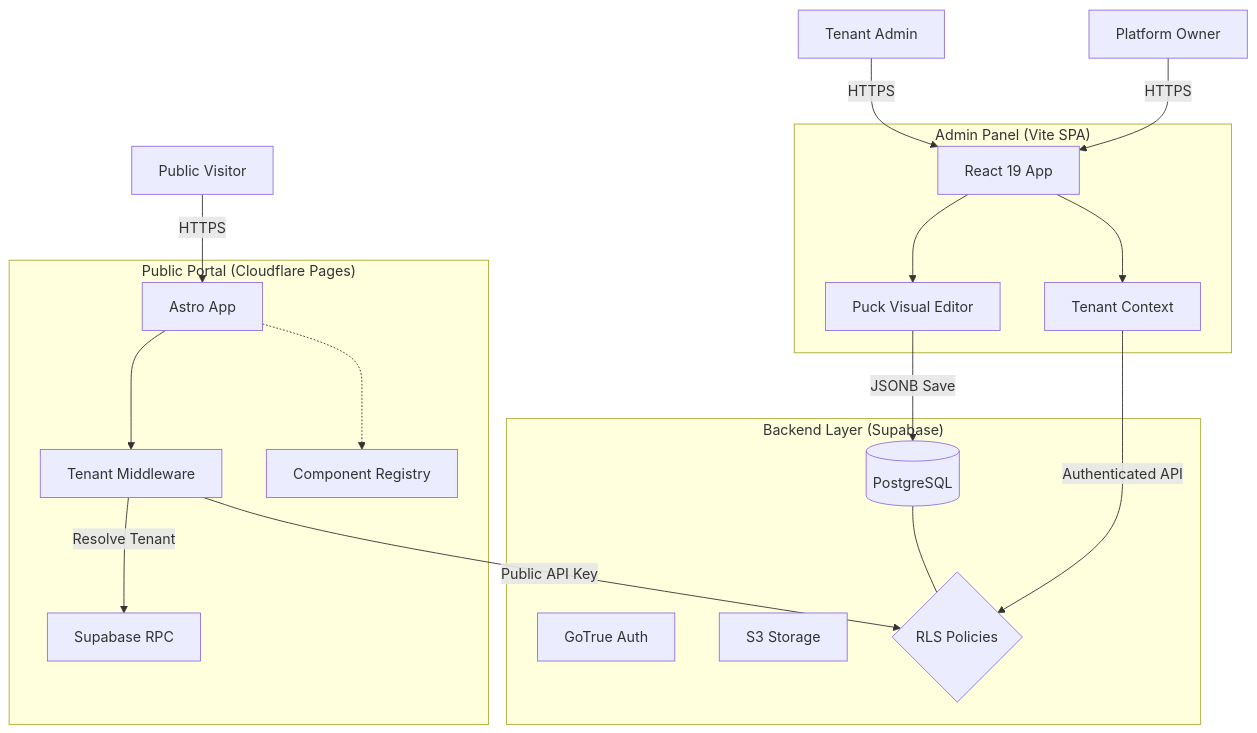
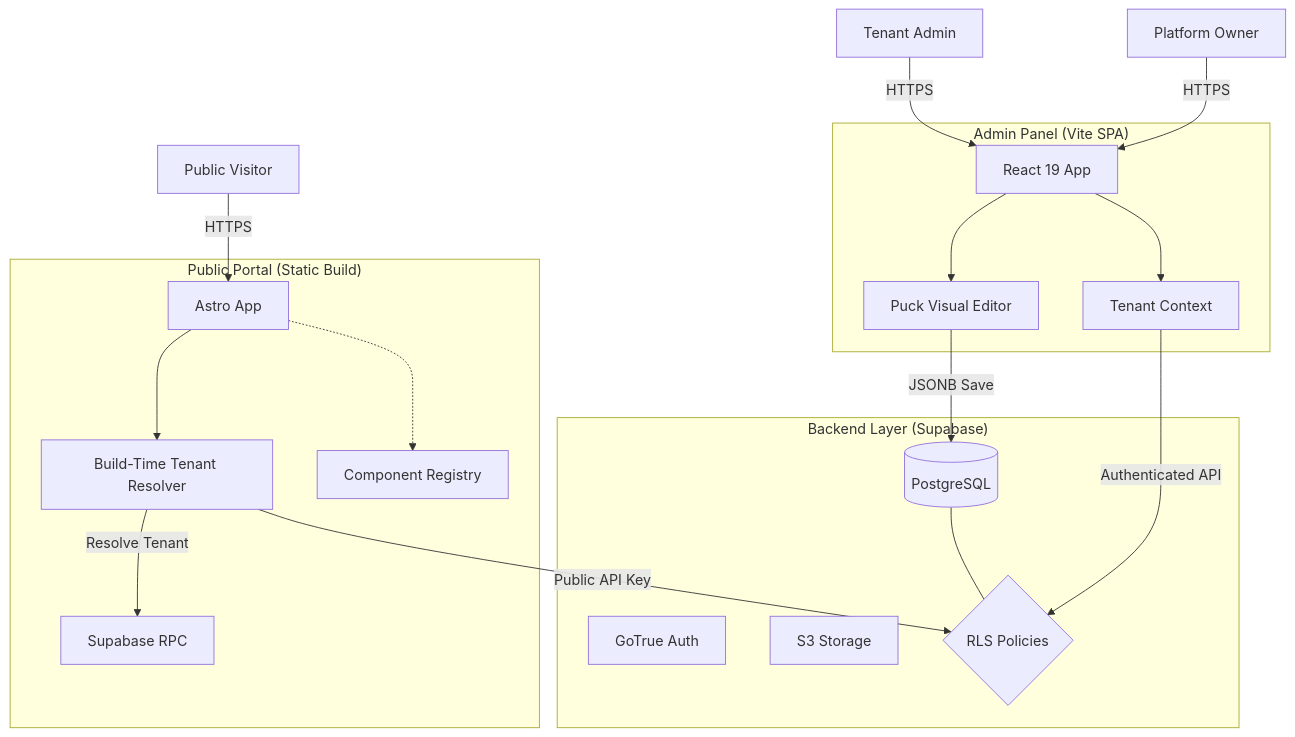
One commit to ahliweb/awcms changed the diagram in docs/architecture/overview.md. Above: the diagram before and after it, drawn with Mermaid. The commit also changed other lines of this file and 39 other files, not shown here.

Commit message:
feat: update public portal architecture to static output with build-time tenant resolution and add a script to fix index advisor lint warnings

````diff
--- a/docs/architecture/overview.md
+++ b/docs/architecture/overview.md
@@ -34,36 +34,36 @@
 ```mermaid
 graph TD
     Visitor[Public Visitor] -->|HTTPS| PublicPortal
     Admin[Tenant Admin] -->|HTTPS| AdminPanel
     Owner[Platform Owner] -->|HTTPS| AdminPanel
 
-    subgraph "Public Portal (Cloudflare Pages)"
+    subgraph "Public Portal (Static Build)"
         PublicPortal[Astro App]
-        Middleware[Tenant Middleware]
-        PublicPortal --> Middleware
-        Middleware -->|Resolve Tenant| RPC[Supabase RPC]
+        Resolver[Build-Time Tenant Resolver]
+        PublicPortal --> Resolver
+        Resolver -->|Resolve Tenant| RPC[Supabase RPC]
         registry[Component Registry]
         PublicPortal -.-> registry
     end
 
     subgraph "Admin Panel (Vite SPA)"
         AdminPanel[React 19 App]
         AdminContext[Tenant Context]
         Puck[Puck Visual Editor]
         AdminPanel --> AdminContext
         AdminPanel --> Puck
     end
 
     subgraph "Backend Layer (Supabase)"
         RPC
         DB[(PostgreSQL)]
         Auth[GoTrue Auth]
         Storage[S3 Storage]
         RLS{RLS Policies}
         DB --- RLS
     end
 
     AdminContext -->|Authenticated API| RLS
-    Middleware -->|Public API Key| RLS
+    Resolver -->|Public API Key| RLS
     Puck -->|JSONB Save| DB
 ```
````
